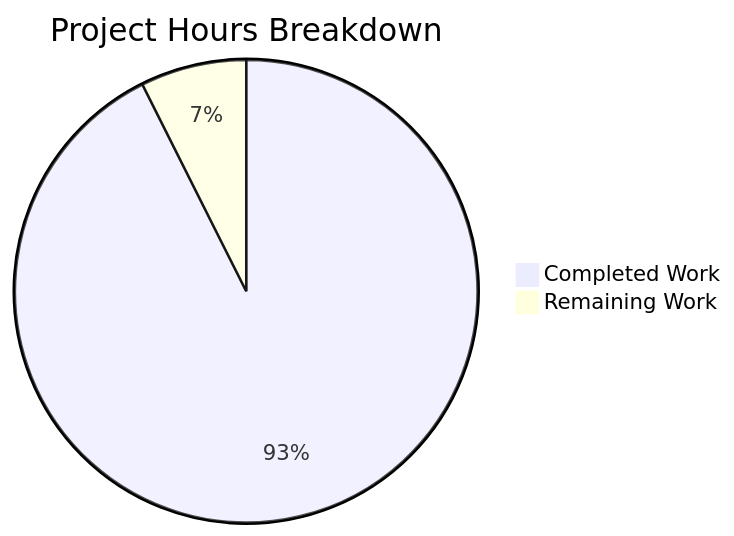
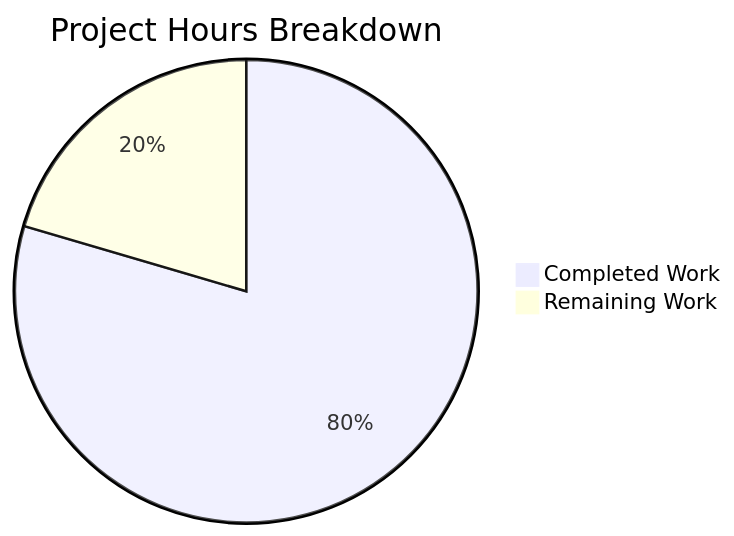
Before and after one commit to sudhanshu-spec/test-spec: the diagram in blitzy/documentation/Project Guide.md, drawn with Mermaid. The commit also changed other lines of this file, not shown here.

Commit message:
Adding Blitzy Project Guide: Project Status and Human Tasks Remaining

````diff
--- a/blitzy/documentation/Project Guide.md
+++ b/blitzy/documentation/Project Guide.md
@@ -107,5 +38,5 @@
 ```mermaid
 pie title Project Hours Breakdown
-    "Completed Work" : 50
-    "Remaining Work" : 4
+    "Completed Work" : 35
+    "Remaining Work" : 9
 ```
````
